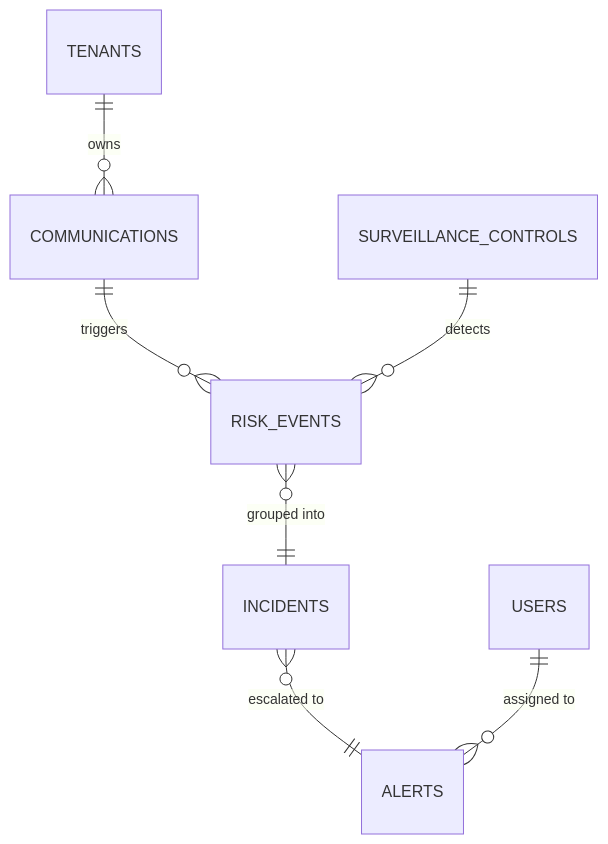
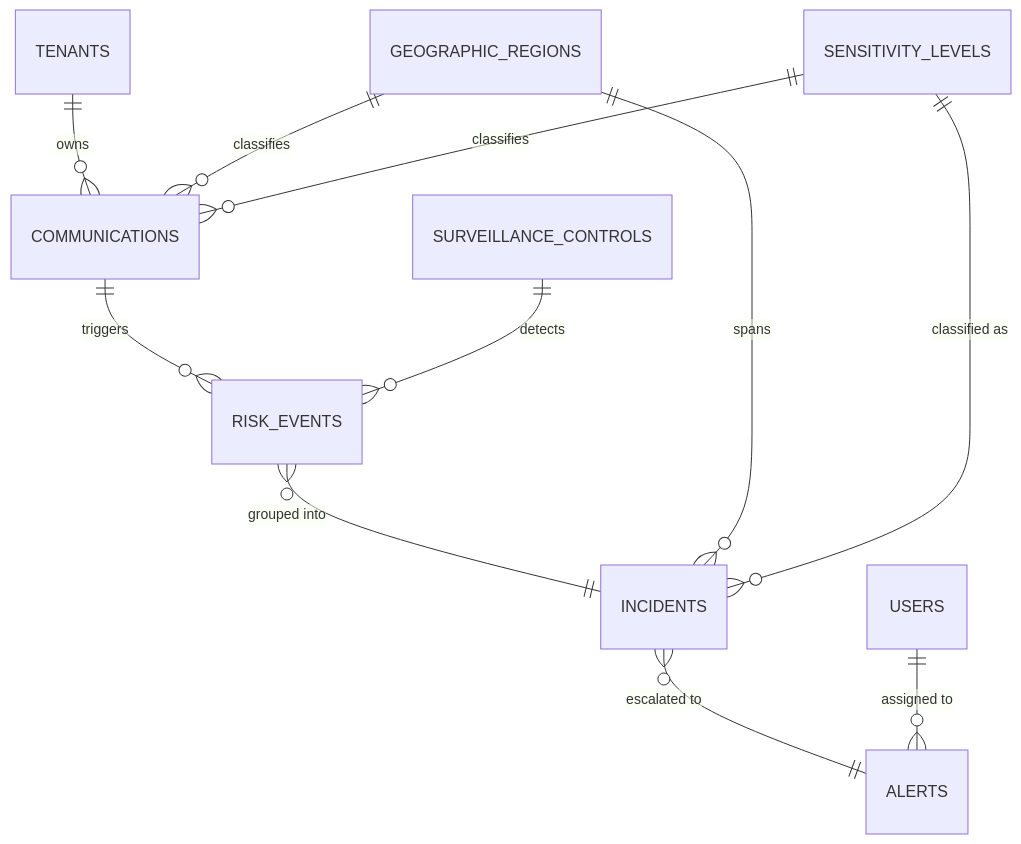
The diagram in backend/modules/domains/b2b/bank_surveillance/docs/technical/schema.md (nkumar15/communication-analysis), drawn with Mermaid before and after one commit. The commit also changed other lines of this file and 33 other files, not shown here.

````diff
--- a/backend/modules/domains/b2b/bank_surveillance/docs/technical/schema.md
+++ b/backend/modules/domains/b2b/bank_surveillance/docs/technical/schema.md
@@ -117,9 +149,13 @@
 ```mermaid
 erDiagram
     TENANTS ||--o{ COMMUNICATIONS : "owns"
+    GEOGRAPHIC_REGIONS ||--o{ COMMUNICATIONS : "classifies"
+    SENSITIVITY_LEVELS ||--o{ COMMUNICATIONS : "classifies"
     COMMUNICATIONS ||--o{ RISK_EVENTS : "triggers"
     SURVEILLANCE_CONTROLS ||--o{ RISK_EVENTS : "detects"
     RISK_EVENTS }o--|| INCIDENTS : "grouped into"
+    GEOGRAPHIC_REGIONS ||--o{ INCIDENTS : "spans"
+    SENSITIVITY_LEVELS ||--o{ INCIDENTS : "classified as"
     INCIDENTS }o--|| ALERTS : "escalated to"
     USERS ||--o{ ALERTS : "assigned to"
 ```
````
